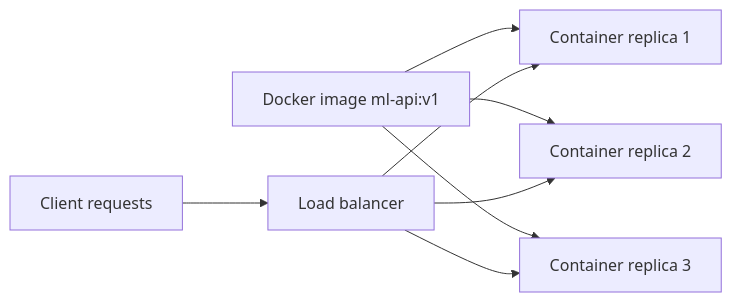
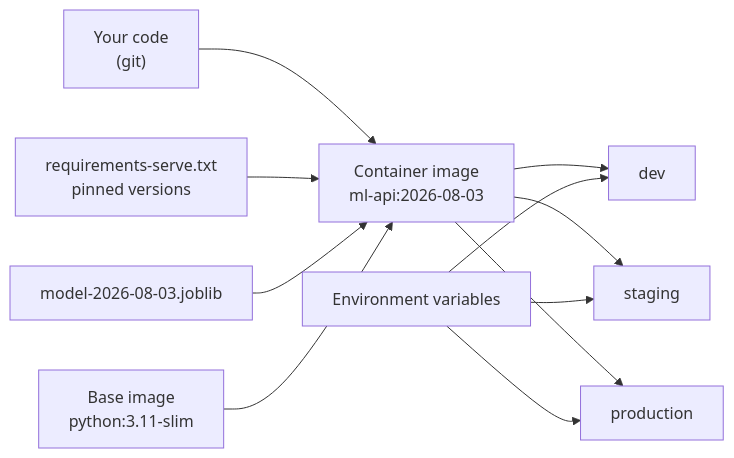
Before and after one commit to Ravikisha/PythonCentralHub: the diagram in src/content/docs/Machine Learning/Phase 08 - Model Deployment (MLOps)/Dockerizing an ML Application.mdx, drawn with Mermaid. The commit also changed other lines of this file and 1327 other files, not shown here.

````diff
--- a/src/content/docs/Machine Learning/Phase 08 - Model Deployment (MLOps)/Dockerizing an ML Application.mdx
+++ b/src/content/docs/Machine Learning/Phase 08 - Model Deployment (MLOps)/Dockerizing an ML Application.mdx
@@ -169,10 +38,13 @@
 ```mermaid
 flowchart LR
-  Img["Docker image ml-api:v1"] --> C1["Container replica 1"]
-  Img --> C2["Container replica 2"]
-  Img --> C3["Container replica 3"]
-  LB["Load balancer"] --> C1
-  LB --> C2
-  LB --> C3
-  Client["Client requests"] --> LB
+  C["Your code<br/>(git)"] --> I["Container image<br/>ml-api:2026-08-03"]
+  D["requirements-serve.txt<br/>pinned versions"] --> I
+  M["model-2026-08-03.joblib"] --> I
+  B["Base image<br/>python:3.11-slim"] --> I
+  I --> R1["dev"]
+  I --> R2["staging"]
+  I --> R3["production"]
+  E["Environment variables"] --> R1
+  E --> R2
+  E --> R3
 ```
````
